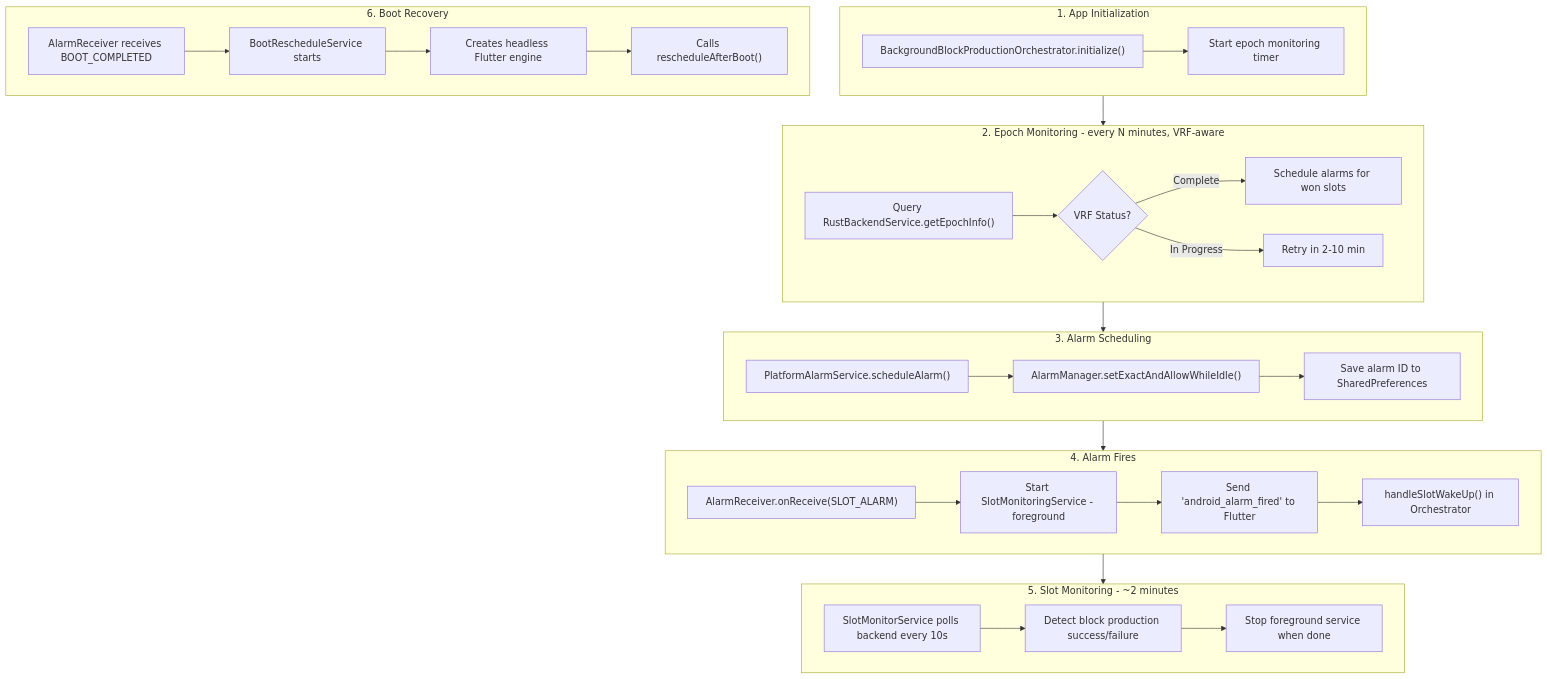
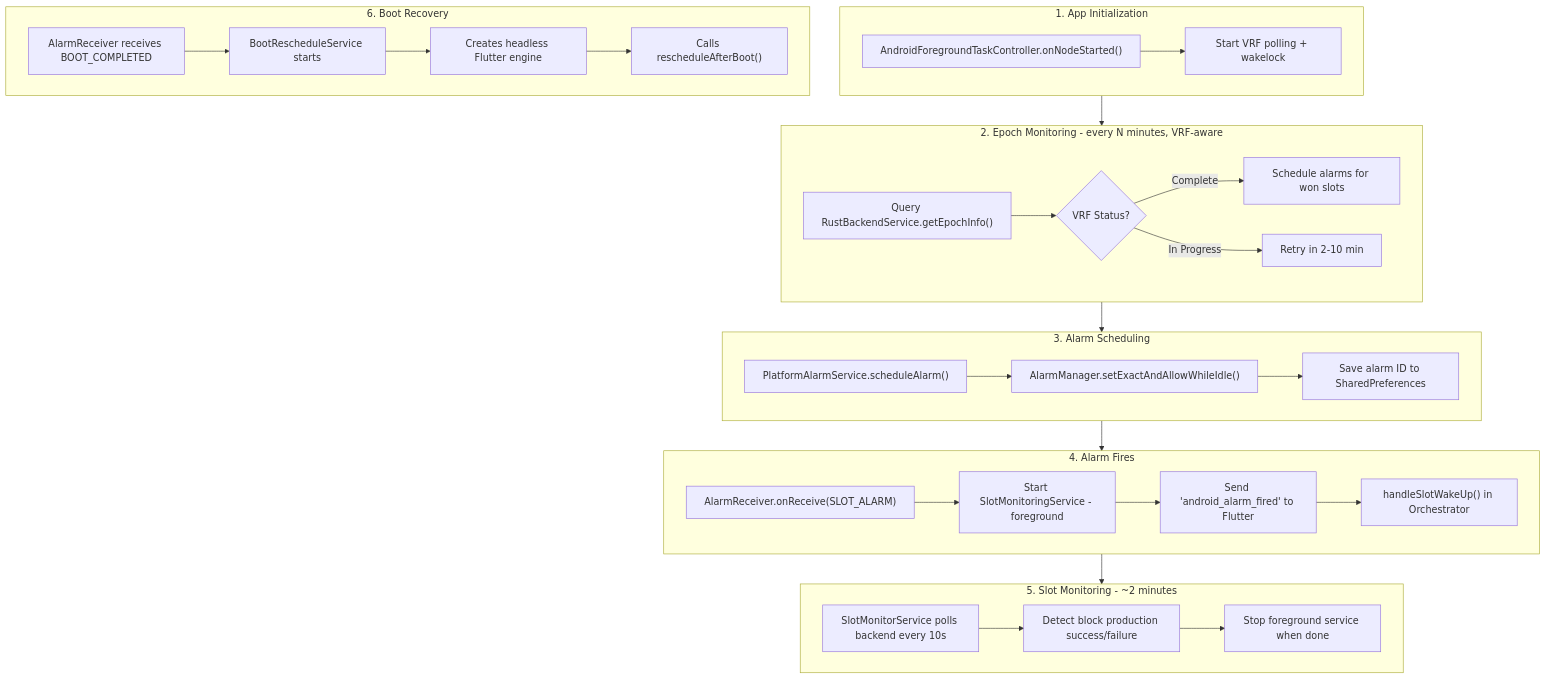
One commit to Usernode-Labs/flutter-mobile-app changed the second of 6 diagrams in docs/ANDROID_BACKGROUND_BLOCK_PRODUCTION_WORKFLOW.md. Above: the diagram before and after it, drawn with Mermaid. The commit also changed other lines of this file and 19 other files, not shown here.

First line of the commit message:
feat(bg_bp): rework background/foreground block production

````diff
--- a/docs/ANDROID_BACKGROUND_BLOCK_PRODUCTION_WORKFLOW.md
+++ b/docs/ANDROID_BACKGROUND_BLOCK_PRODUCTION_WORKFLOW.md
@@ -63,40 +62,40 @@
 ```mermaid
 flowchart TB
     subgraph Step1["1. App Initialization"]
-        A1["BackgroundBlockProductionOrchestrator.initialize()"] --> A2["Start epoch monitoring timer"]
+        A1["AndroidForegroundTaskController.onNodeStarted()"] --> A2["Start VRF polling + wakelock"]
     end
 
     subgraph Step2["2. Epoch Monitoring - every N minutes, VRF-aware"]
         B1["Query RustBackendService.getEpochInfo()"]
         B1 --> B2{"VRF Status?"}
         B2 -->|Complete| B3["Schedule alarms for won slots"]
         B2 -->|In Progress| B4["Retry in 2-10 min"]
     end
 
     subgraph Step3["3. Alarm Scheduling"]
         C1["PlatformAlarmService.scheduleAlarm()"] --> C2["AlarmManager.setExactAndAllowWhileIdle()"]
         C2 --> C3["Save alarm ID to SharedPreferences"]
     end
 
     subgraph Step4["4. Alarm Fires"]
         D1["AlarmReceiver.onReceive(SLOT_ALARM)"] --> D2["Start SlotMonitoringService - foreground"]
         D2 --> D3["Send 'android_alarm_fired' to Flutter"]
         D3 --> D4["handleSlotWakeUp() in Orchestrator"]
     end
 
     subgraph Step5["5. Slot Monitoring - ~2 minutes"]
         E1["SlotMonitorService polls backend every 10s"] --> E2["Detect block production success/failure"]
         E2 --> E3["Stop foreground service when done"]
     end
 
     subgraph Step6["6. Boot Recovery"]
         F1["AlarmReceiver receives BOOT_COMPLETED"] --> F2["BootRescheduleService starts"]
         F2 --> F3["Creates headless Flutter engine"]
         F3 --> F4["Calls rescheduleAfterBoot()"]
     end
 
     Step1 --> Step2
     Step2 --> Step3
     Step3 --> Step4
     Step4 --> Step5
 ```
````
